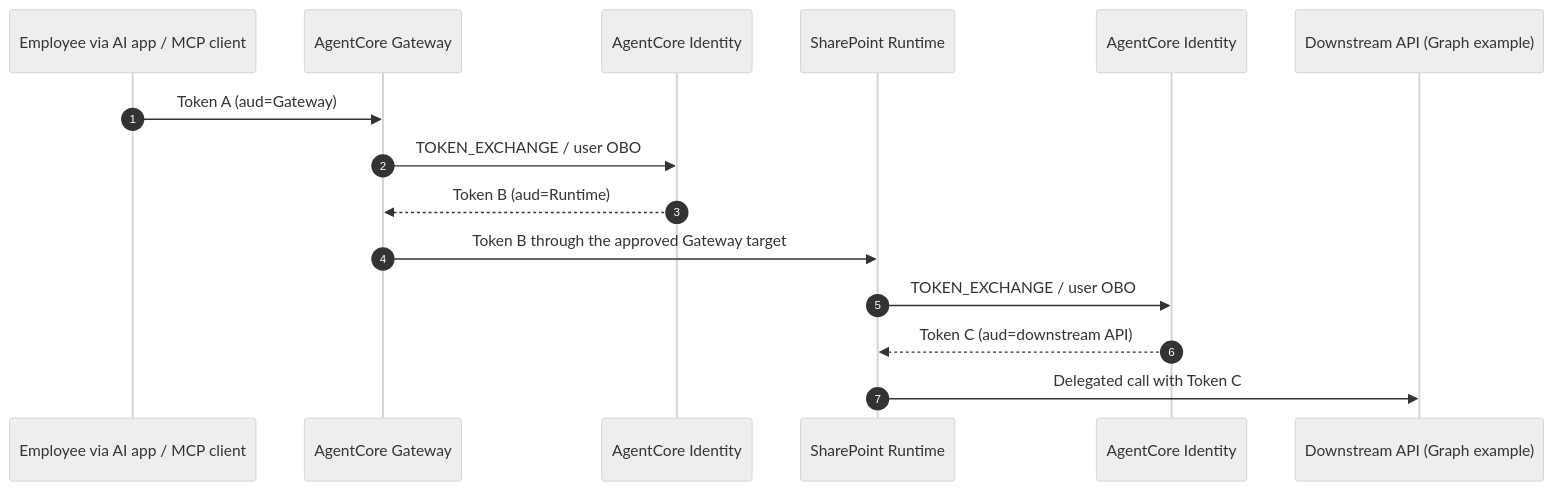
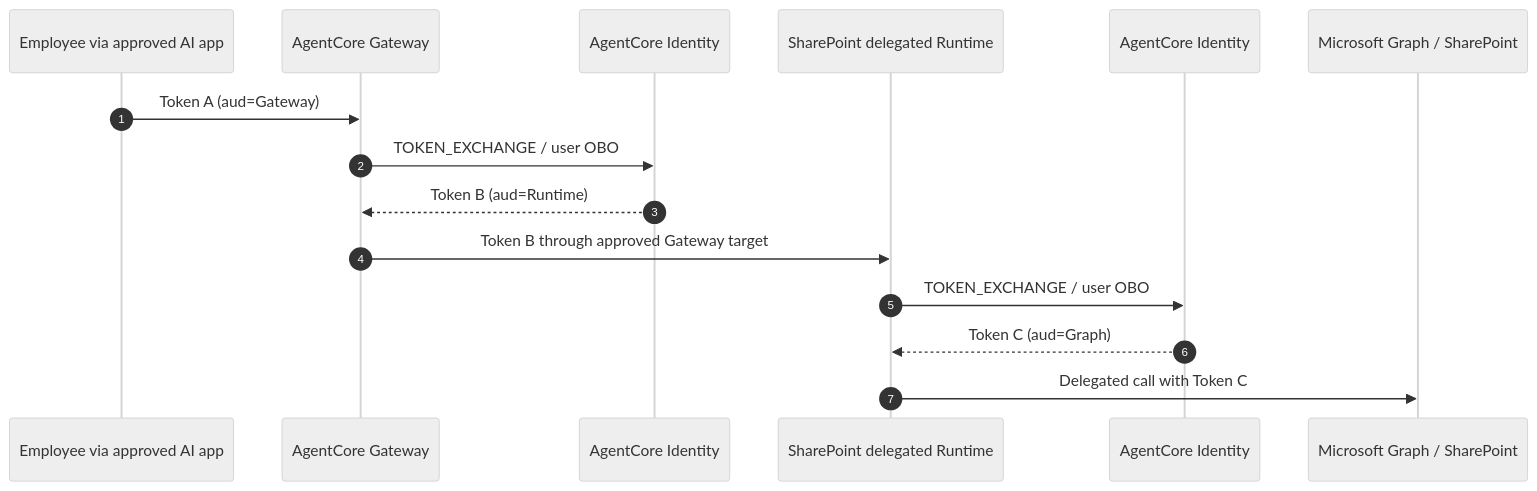
One commit to ron8520/mcp_poc changed the first of 2 diagrams in docs/architecture/sharepoint-identity-routing.md. Above: the diagram before and after it, drawn with Mermaid (neutral theme). The commit also changed other lines of this file and 104 other files, not shown here.

````diff
--- a/docs/architecture/sharepoint-identity-routing.md
+++ b/docs/architecture/sharepoint-identity-routing.md
@@ -91,18 +91,18 @@
 ```mermaid
 sequenceDiagram
     autonumber
-    participant Caller as Employee via AI app / MCP client
+    participant Caller as Employee via approved AI app
     participant Gateway as AgentCore Gateway
     participant GIdentity as AgentCore Identity
-    participant Runtime as SharePoint Runtime
+    participant Runtime as SharePoint delegated Runtime
     participant RIdentity as AgentCore Identity
-    participant Downstream as Downstream API (Graph example)
+    participant Graph as Microsoft Graph / SharePoint
 
     Caller->>Gateway: Token A (aud=Gateway)
     Gateway->>GIdentity: TOKEN_EXCHANGE / user OBO
     GIdentity-->>Gateway: Token B (aud=Runtime)
-    Gateway->>Runtime: Token B through the approved Gateway target
+    Gateway->>Runtime: Token B through approved Gateway target
     Runtime->>RIdentity: TOKEN_EXCHANGE / user OBO
-    RIdentity-->>Runtime: Token C (aud=downstream API)
-    Runtime->>Downstream: Delegated call with Token C
+    RIdentity-->>Runtime: Token C (aud=Graph)
+    Runtime->>Graph: Delegated call with Token C
 ```
````
